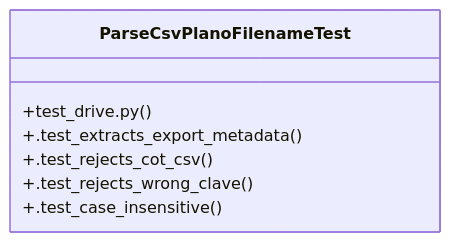
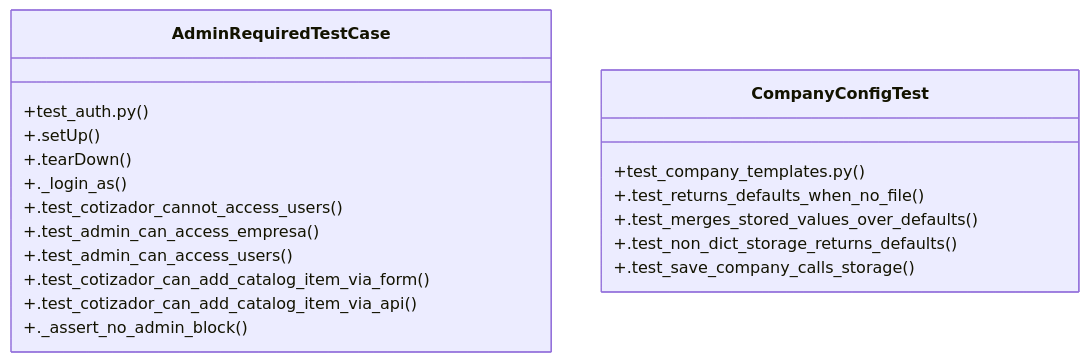
One commit to Daftrick/ProjectTracker changed the diagram in graphify-out/wiki/Community_16.md. Above: the diagram before and after it, drawn with Mermaid. The commit also changed other lines of this file and 544 other files, not shown here.

````diff
--- a/graphify-out/wiki/Community_16.md
+++ b/graphify-out/wiki/Community_16.md
@@ -36,10 +36,22 @@
 ```mermaid
 classDiagram
-    class ParseCsvPlanoFilenameTest {
-        +test_drive.py()
-        +.test_extracts_export_metadata()
-        +.test_rejects_cot_csv()
-        +.test_rejects_wrong_clave()
-        +.test_case_insensitive()
+    class AdminRequiredTestCase {
+        +test_auth.py()
+        +.setUp()
+        +.tearDown()
+        +._login_as()
+        +.test_cotizador_cannot_access_users()
+        +.test_admin_can_access_empresa()
+        +.test_admin_can_access_users()
+        +.test_cotizador_can_add_catalog_item_via_form()
+        +.test_cotizador_can_add_catalog_item_via_api()
+        +._assert_no_admin_block()
+    }
+    class CompanyConfigTest {
+        +test_company_templates.py()
+        +.test_returns_defaults_when_no_file()
+        +.test_merges_stored_values_over_defaults()
+        +.test_non_dict_storage_returns_defaults()
+        +.test_save_company_calls_storage()
     }
 ```
````
